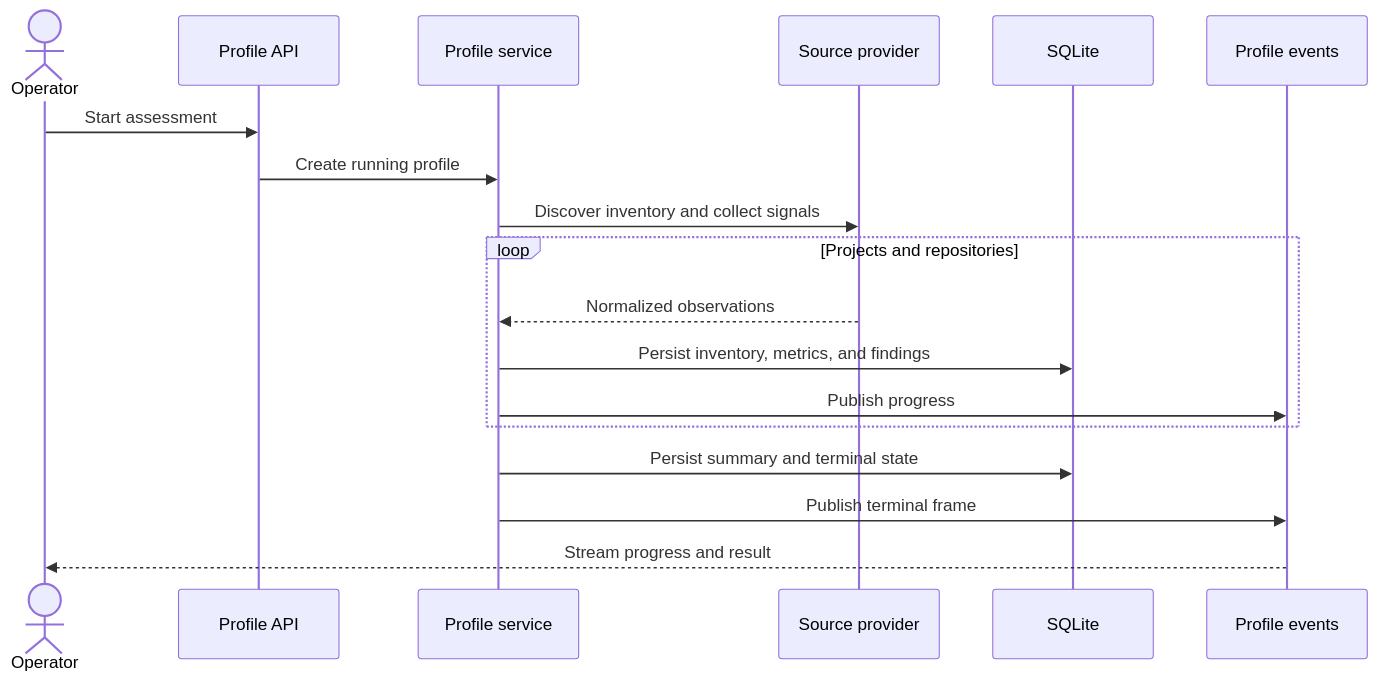
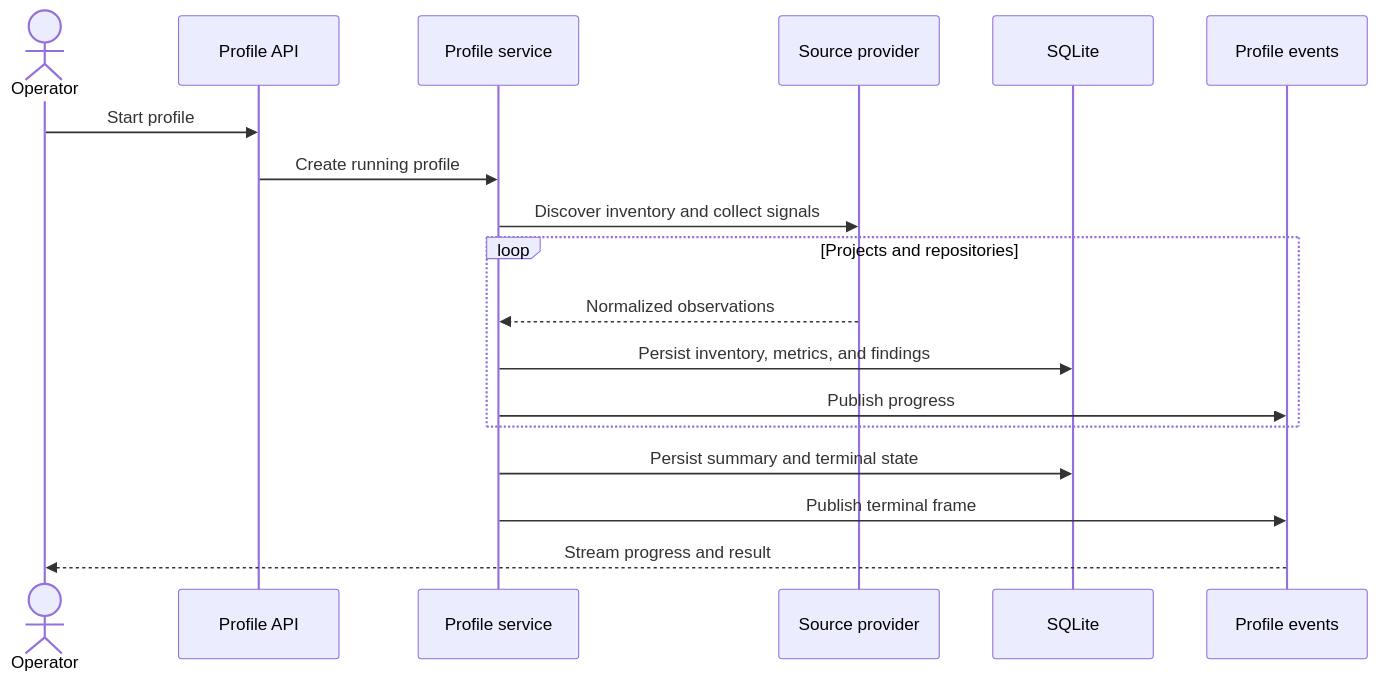
The first of 3 diagrams in docs/architecture.md (cvega/github-migration), drawn with Mermaid before and after one commit. The commit also changed other lines of this file and 19 other files, not shown here.

First line of the commit message:
refactor: rename assessment to profile throughout the application

````diff
--- a/docs/architecture.md
+++ b/docs/architecture.md
@@ -24,21 +24,21 @@
 ```mermaid
 sequenceDiagram
 	actor Operator
 	participant API as Profile API
 	participant Profile as Profile service
 	participant Provider as Source provider
 	participant DB as SQLite
 	participant Events as Profile events
 
-	Operator->>API: Start assessment
+	Operator->>API: Start profile
 	API->>Profile: Create running profile
 	Profile->>Provider: Discover inventory and collect signals
 	loop Projects and repositories
 		Provider-->>Profile: Normalized observations
 		Profile->>DB: Persist inventory, metrics, and findings
 		Profile->>Events: Publish progress
 	end
 	Profile->>DB: Persist summary and terminal state
 	Profile->>Events: Publish terminal frame
 	Events-->>Operator: Stream progress and result
 ```
````
